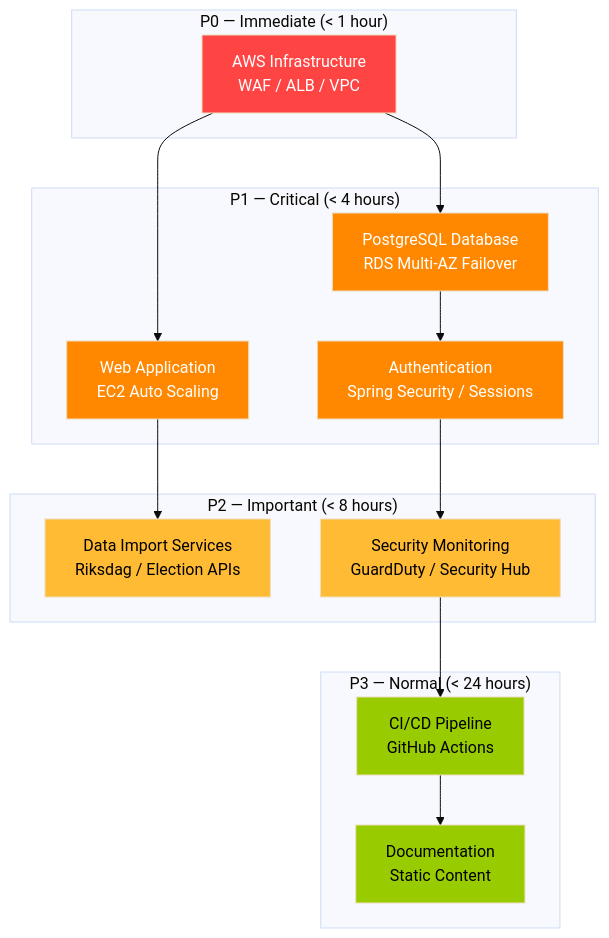
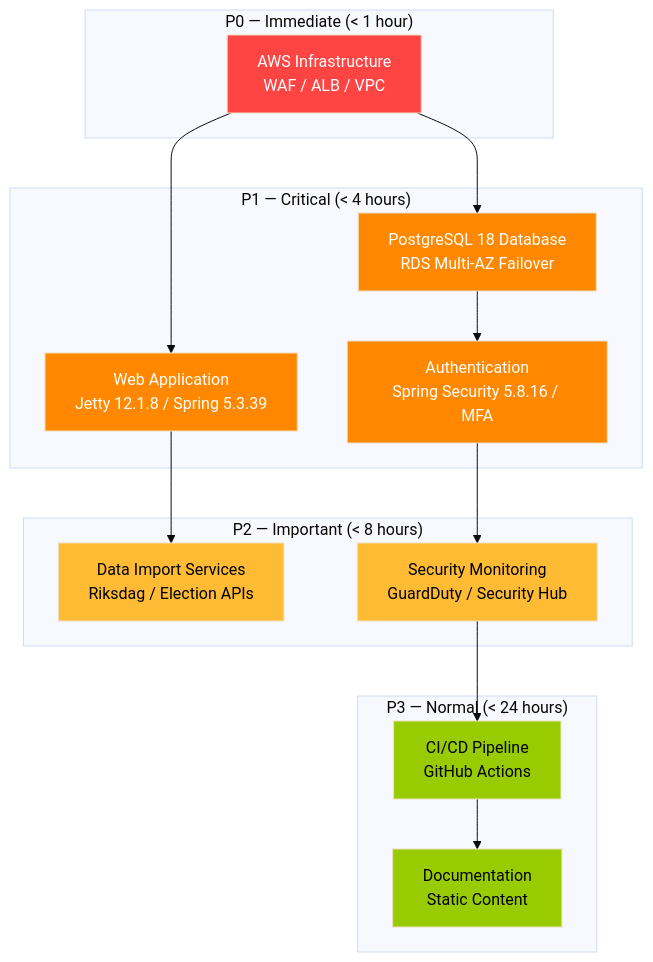
One commit to Hack23/cia changed the first of 2 diagrams in BCPPlan.md. Above: the diagram before and after it, drawn with Mermaid (base theme). The commit also changed other lines of this file and 12 other files, not shown here.

First line of the commit message:
docs: refresh 13 ISMS-required architecture, lifecycle and security documents to current state (#8578)

````diff
--- a/BCPPlan.md
+++ b/BCPPlan.md
@@ -80,39 +80,39 @@
 ```mermaid
 graph TD
     subgraph "P0 — Immediate (< 1 hour)"
         A[AWS Infrastructure<br/>WAF / ALB / VPC]
     end
     
     subgraph "P1 — Critical (< 4 hours)"
-        B[PostgreSQL Database<br/>RDS Multi-AZ Failover]
-        C[Web Application<br/>EC2 Auto Scaling]
-        D[Authentication<br/>Spring Security / Sessions]
+        B[PostgreSQL 18 Database<br/>RDS Multi-AZ Failover]
+        C[Web Application<br/>Jetty 12.1.8 / Spring 5.3.39]
+        D[Authentication<br/>Spring Security 5.8.16 / MFA]
     end
     
     subgraph "P2 — Important (< 8 hours)"
         E[Data Import Services<br/>Riksdag / Election APIs]
         F[Security Monitoring<br/>GuardDuty / Security Hub]
     end
     
     subgraph "P3 — Normal (< 24 hours)"
         G[CI/CD Pipeline<br/>GitHub Actions]
         H[Documentation<br/>Static Content]
     end
     
     A --> B
     A --> C
     B --> D
     C --> E
     D --> F
     F --> G
     G --> H
 
     style A fill:#ff4444,color:#fff
     style B fill:#ff8800,color:#fff
     style C fill:#ff8800,color:#fff
     style D fill:#ff8800,color:#fff
     style E fill:#ffbb33,color:#000
     style F fill:#ffbb33,color:#000
     style G fill:#99cc00,color:#000
     style H fill:#99cc00,color:#000
 ```
````
